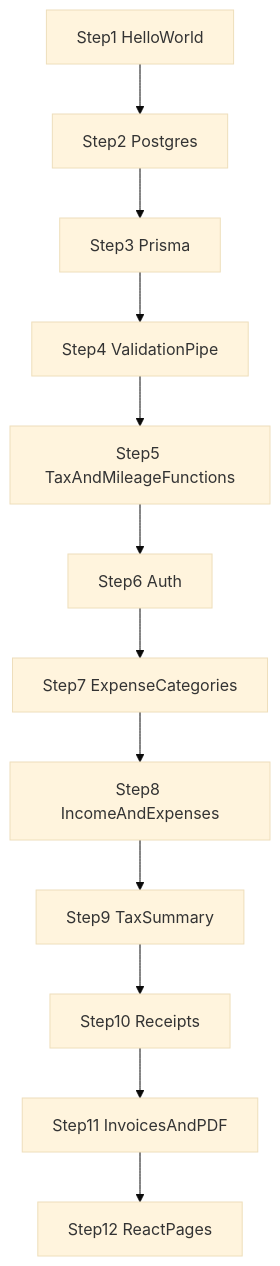
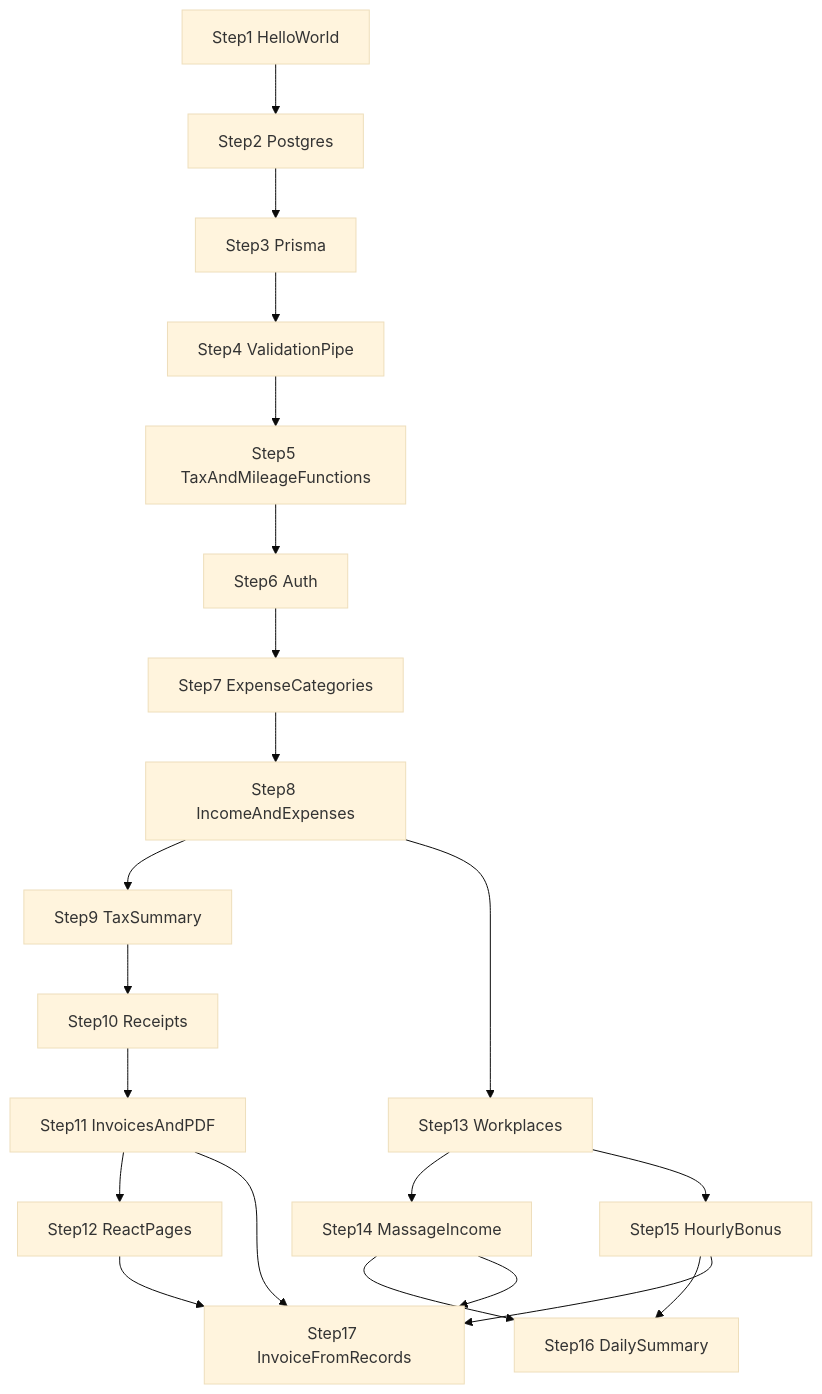
Before and after one commit to Toktakk/theratax: the diagram in docs/02_project_plans.md, drawn with Mermaid (base theme). The commit also changed other lines of this file and 58 other files, not shown here.

````diff
--- a/docs/02_project_plans.md
+++ b/docs/02_project_plans.md
@@ -9,16 +11,30 @@
 ```mermaid
 flowchart TD
   s1[Step1 HelloWorld]
   s2[Step2 Postgres]
   s3[Step3 Prisma]
   s4[Step4 ValidationPipe]
   s5[Step5 TaxAndMileageFunctions]
   s6[Step6 Auth]
   s7[Step7 ExpenseCategories]
   s8[Step8 IncomeAndExpenses]
   s9[Step9 TaxSummary]
   s10[Step10 Receipts]
   s11[Step11 InvoicesAndPDF]
   s12[Step12 ReactPages]
+  s13[Step13 Workplaces]
+  s14[Step14 MassageIncome]
+  s15[Step15 HourlyBonus]
+  s16[Step16 DailySummary]
+  s17[Step17 InvoiceFromRecords]
   s1 --> s2 --> s3 --> s4 --> s5 --> s6 --> s7 --> s8 --> s9 --> s10 --> s11 --> s12
+  s8 --> s13
+  s13 --> s14
+  s13 --> s15
+  s14 --> s16
+  s15 --> s16
+  s11 --> s17
+  s14 --> s17
+  s15 --> s17
+  s12 --> s17
 ```
````
